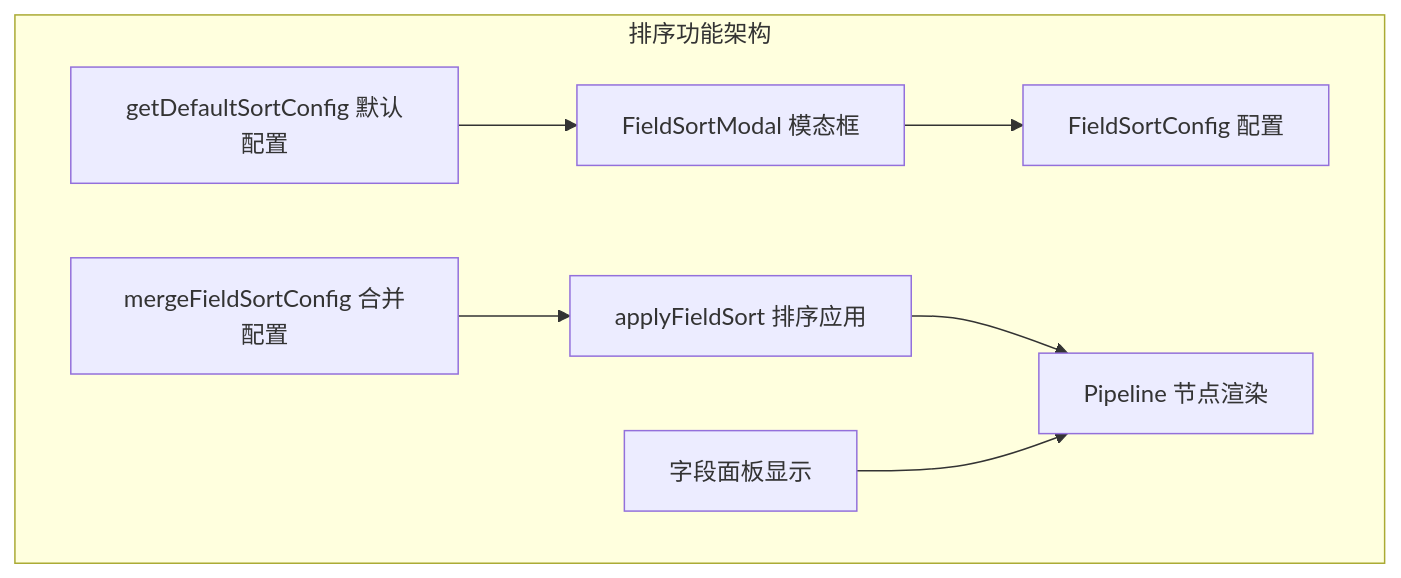
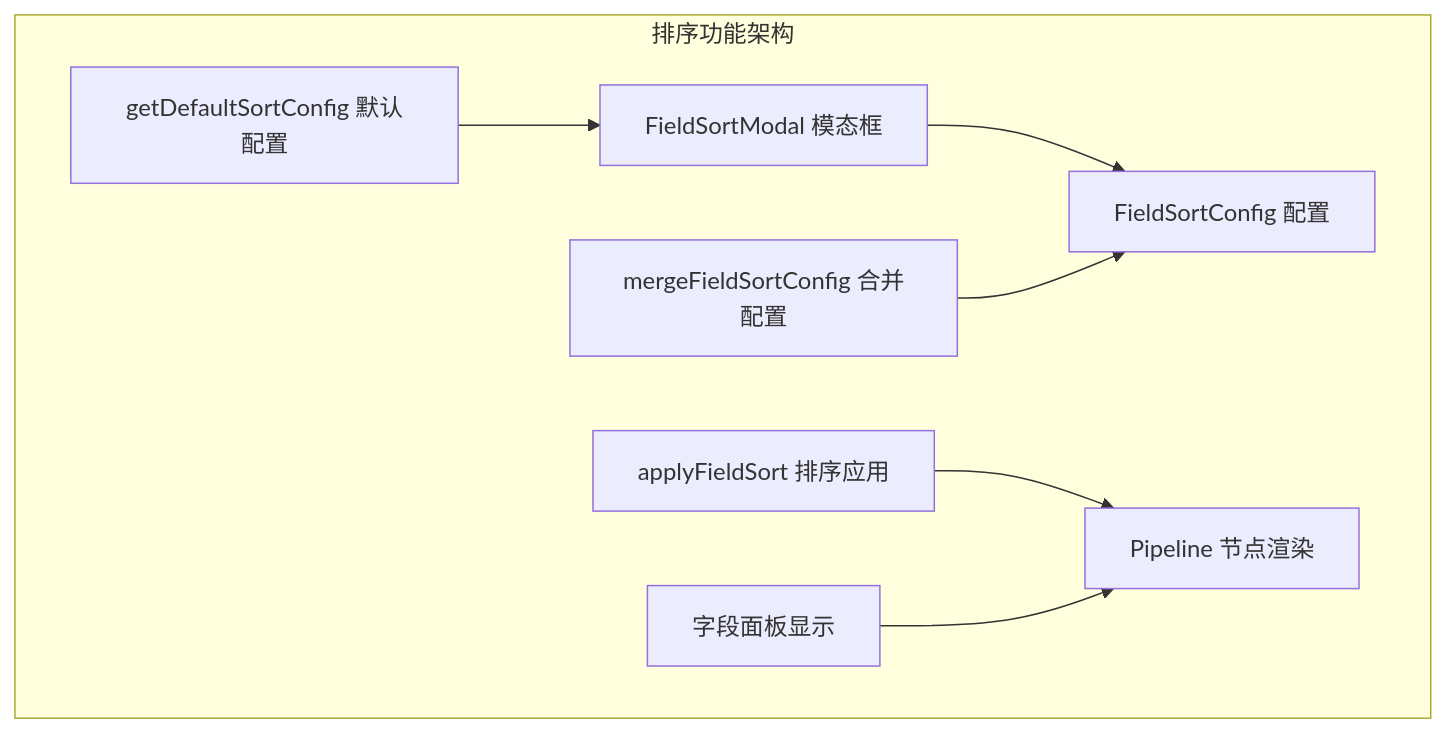
Diagram 32 of 47 in .qoder/repowiki/zh/content/UpdateLogs.ts.md (kqcoxn/MaaPipelineEditor), drawn with Mermaid before and after one commit. The commit also changed other lines of this file and 13 other files, not shown here.

````diff
--- a/.qoder/repowiki/zh/content/UpdateLogs.ts.md
+++ b/.qoder/repowiki/zh/content/UpdateLogs.ts.md
@@ -780,10 +886,10 @@
 ```mermaid
 graph TB
 subgraph "排序功能架构"
 A[FieldSortModal 模态框] --> B[FieldSortConfig 配置]
 C[applyFieldSort 排序应用] --> D[Pipeline 节点渲染]
 E[字段面板显示] --> D
-F[mergeFieldSortConfig 合并配置] --> C
+F[mergeFieldSortConfig 合并配置] --> B
 G[getDefaultSortConfig 默认配置] --> A
 end
 ```
````
